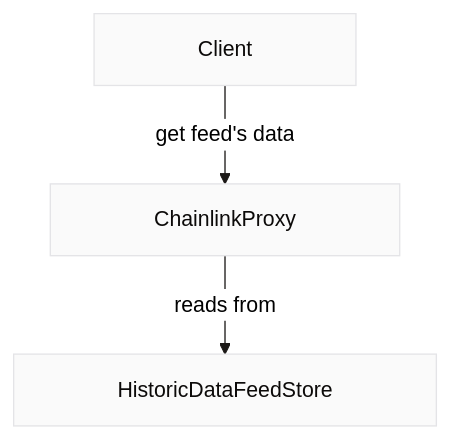
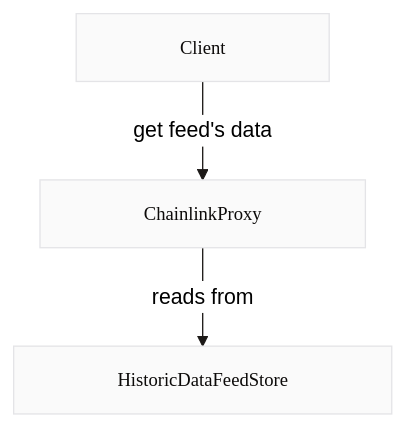
Before and after one commit to blocksense-network/blocksense-infra-test: the diagram in apps/docs.blocksense.network/pages/docs/contracts/guide/chainlink-proxy.mdx, drawn with Mermaid. The commit also changed 36 other files, not shown here.

````diff
--- a/apps/docs.blocksense.network/pages/docs/contracts/guide/chainlink-proxy.mdx
+++ b/apps/docs.blocksense.network/pages/docs/contracts/guide/chainlink-proxy.mdx
@@ -7,19 +7,19 @@
 ```mermaid
 ---
 config:
     rightAngles: true
     theme: neutral
     primaryColor: "#d0d0d0"
     signalColor: "FF0000"
     signalTextColor: "#808080"
 ---
 flowchart TD
-  classDef node fill:#fafafa,color:#0c0a09,stroke:#e4e4e7,stroke-width:1px,shadow:2px 2px 5px #888888, display:block, padding:0rem 3rem;
+  classDef node fill:#fafafa,color:#0c0a09,stroke:#e4e4e7,stroke-width:1px,shadow:2px 2px 5px #888888, display:block, padding:0rem 3rem,font-size: 0.875rem, font-family:'Fira Code', monospace;
 
   linkStyle default fill:none,stroke-width:1px,stroke:#1c1917
 
   A[Client] -->|get feed's data| CP[ChainlinkProxy]
   CP -->|reads from| DFS[HistoricDataFeedStore]
 
   class A,CP,DFS node
 ```
````
